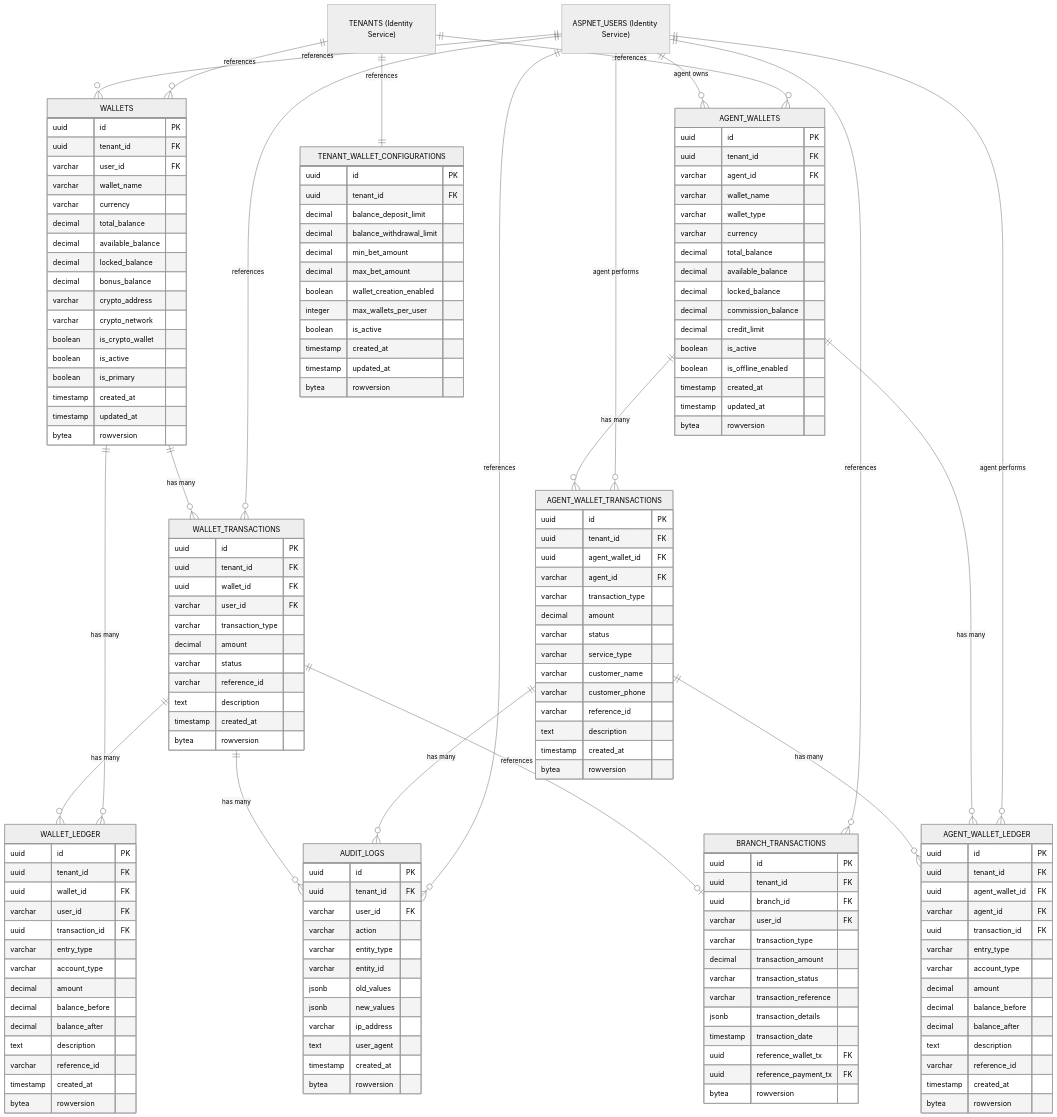
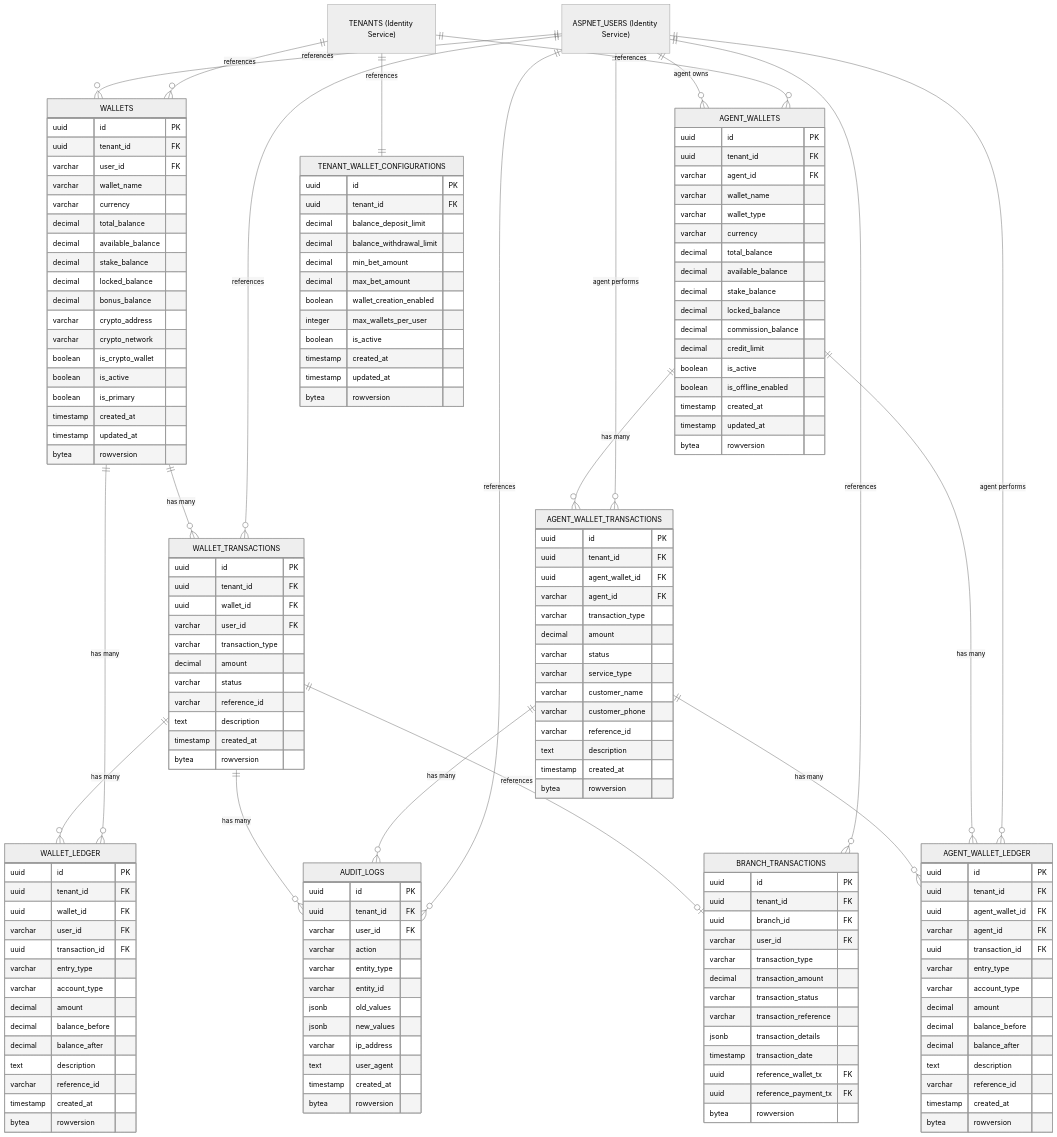
One commit to addisalemtafere/con-shred-lib changed the second of 2 diagrams in er-diagram-schema/003_wallet-service-er-diagram.md. Above: the diagram before and after it, drawn with Mermaid (neutral theme). The commit also changed other lines of this file and 4 other files, not shown here.

```diff
--- a/er-diagram-schema/003_wallet-service-er-diagram.md
+++ b/er-diagram-schema/003_wallet-service-er-diagram.md
@@ -1459,6 +1465,7 @@
         varchar currency
         decimal total_balance
         decimal available_balance
+        decimal stake_balance
         decimal locked_balance
         decimal bonus_balance
         varchar crypto_address
@@ -1511,6 +1518,7 @@
         varchar currency
         decimal total_balance
         decimal available_balance
+        decimal stake_balance
         decimal locked_balance
         decimal commission_balance
         decimal credit_limit
```
